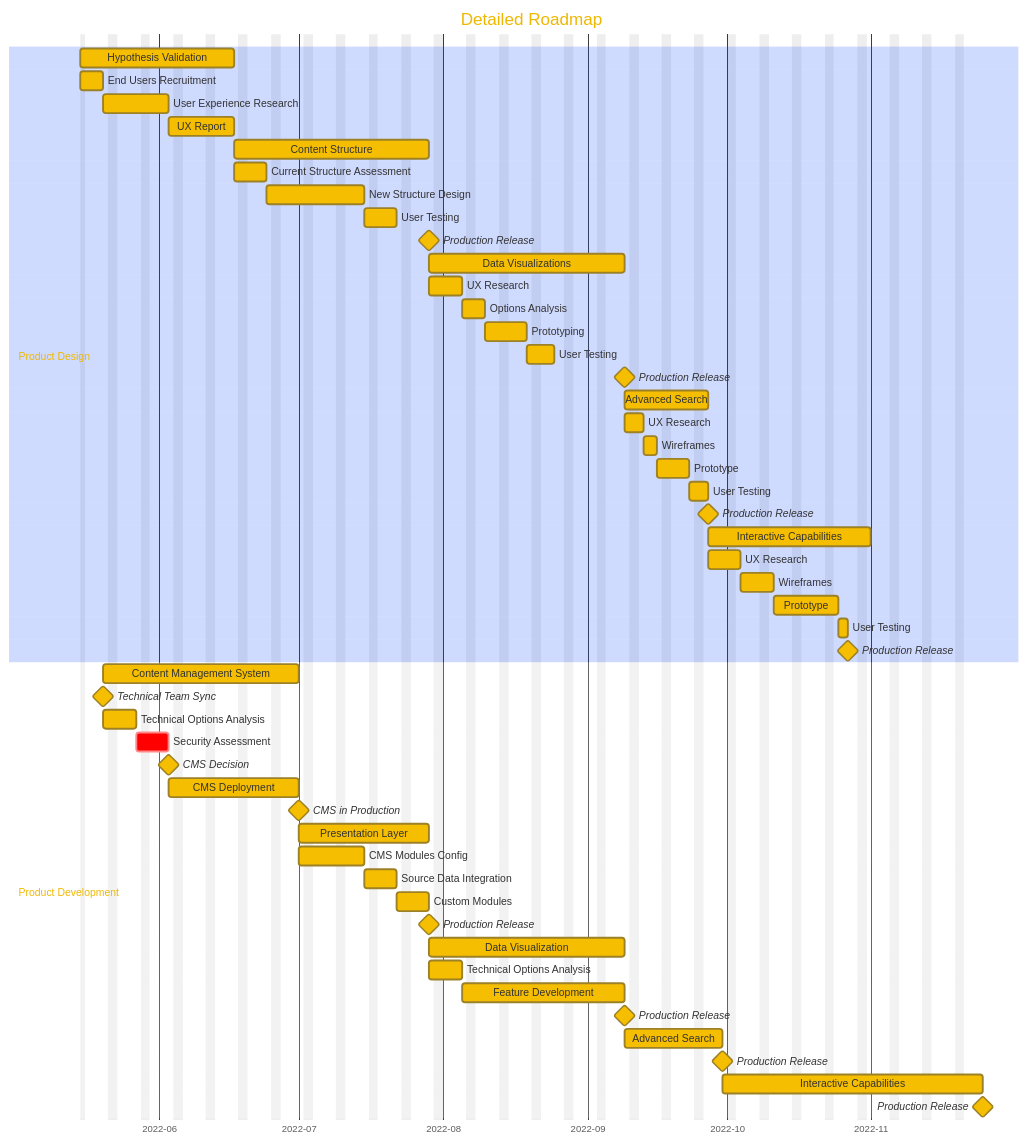
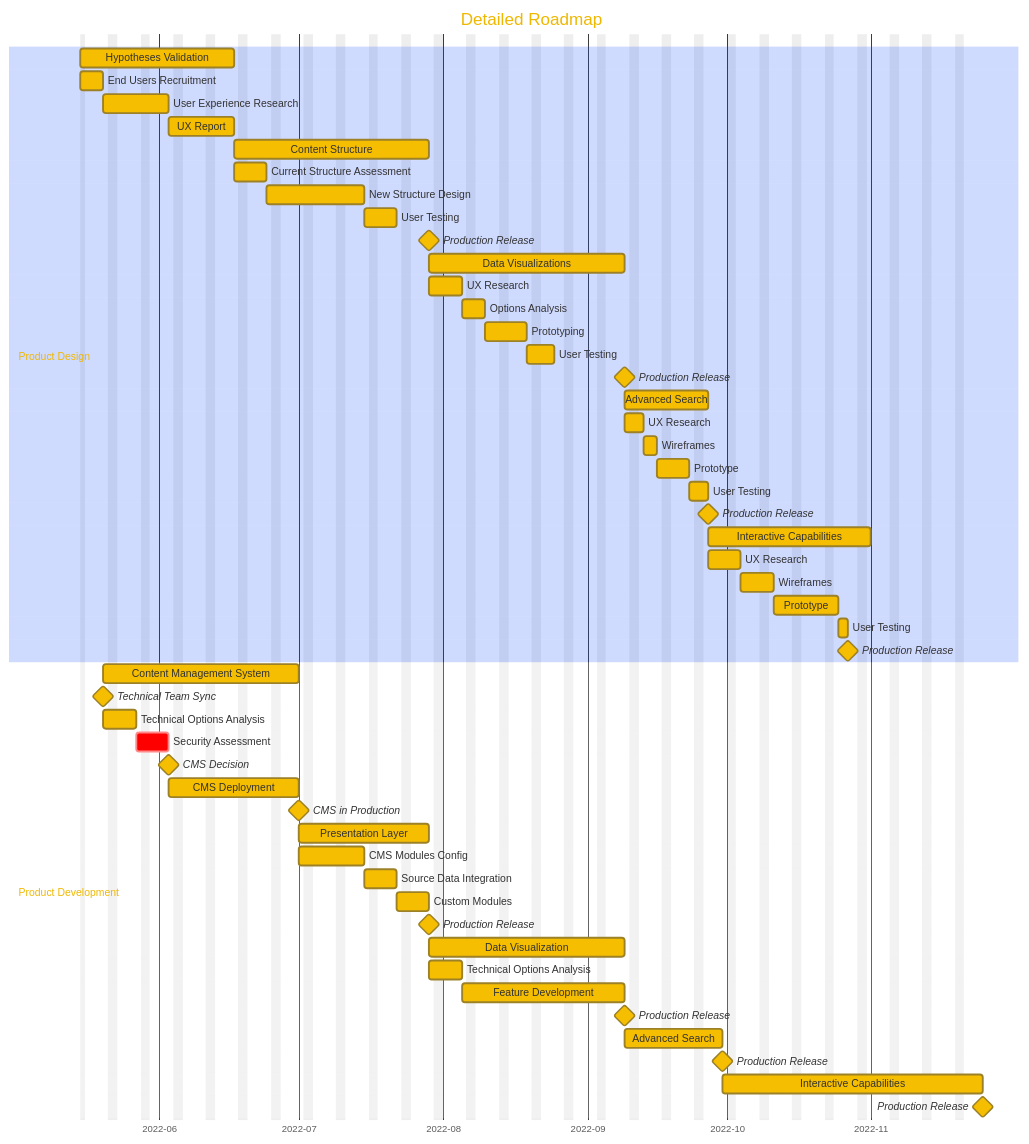
The second of 2 diagrams in base-product-roadmap.md (cds-snc/consultation-references), drawn with Mermaid before and after one commit. The commit also changed other lines of this file, not shown here.

Commit message:
Fix plural hypothesis

````diff
--- a/base-product-roadmap.md
+++ b/base-product-roadmap.md
@@ -151,71 +151,71 @@
 ```mermaid
 %%{init: {"theme": "base", "themeVariables": { "primaryColor": "#F6BE00" }, "themeCSS": ".taskText { font-size:13px; font-weight: bold} .taskTextOutsideRight { font-size:13px; fill: #F6BE00; text-shadow: 1px 1px 1px black; font-weight: bold;} .taskTextOutsideLeft { font-size:13px; fill: #F6BE00; text-shadow: 0.5px 0.5px 0.5px black; font-weight: bold;} .section {opacity:0.05} "}}%%
 gantt
     title Detailed Roadmap
     dateFormat  YYYY-MM-DD
     axisFormat  %Y-%m
     excludes    weekends
 
     section Product Design
 
-    Hypothesis Validation               :  des1, 2022-05-15, 25d
+    Hypotheses Validation               :  des1, 2022-05-15, 25d
     End Users Recruitment               :2022-05-15, 5d
     User Experience Research            :10d
     UX Report                           :10d
 
     Content Structure                   : des2, after des1,  30d
     Current Structure Assessment        :des2a, after des1, 5d
     New Structure Design                :15d
     User Testing                        :5d
     Production Release                  :milestone, mil1, after des2, 0d
     
     Data Visualizations             : des3, after mil1, 30d
     UX Research                     :after mil1, 5d
     Options Analysis                :3d
     Prototyping                     :7d
     User Testing                    :4d
     Production Release              :milestone, mil2, after des3, 0d
     
     Advanced Search                 : des4, after des3, 12d
     UX Research                     :after des3, 2d
     Wireframes                      :3d
     Prototype                       :5d
     User Testing                    :2d
     Production Release              :milestone, 0d
 
     Interactive Capabilities            : des5, after des4, 25d
     UX Research                         :after des4, 5d
     Wireframes                          :5d
     Prototype                           :10d
     User Testing                        :2d
     Production Release                  :milestone, 0d
 
 
     section Product Development
 
     Content Management System : dev1, 2022-05-20, 30d
     Technical Team Sync: milestone, 2022-05-20, 0d
     Technical Options Analysis :2022-05-20, 5d
     Security Assessment          :crit,  5d
     CMS Decision: milestone, 0d
     CMS Deployment      : 20d
     CMS in Production: milestone, 0d
     
     Presentation Layer              : dev2, after dev1, 20d
     CMS Modules Config              :after dev1, 10d
     Source Data Integration         :5d
     Custom Modules                  :5d
     Production Release              :milestone, 0d
 
     Data Visualization              : dev3, after dev2, 30d
     Technical Options Analysis      :after dev2, 5d
     Feature Development             :25d
     Production Release              :milestone, 0d
 
     Advanced Search                 : dev4, after dev3, 15d
     Production Release              : milestone, 0d
 
     Interactive Capabilities        : dev5, after dev4, 40d
     Production Release              : milestone, 0d
     
 ```
````
